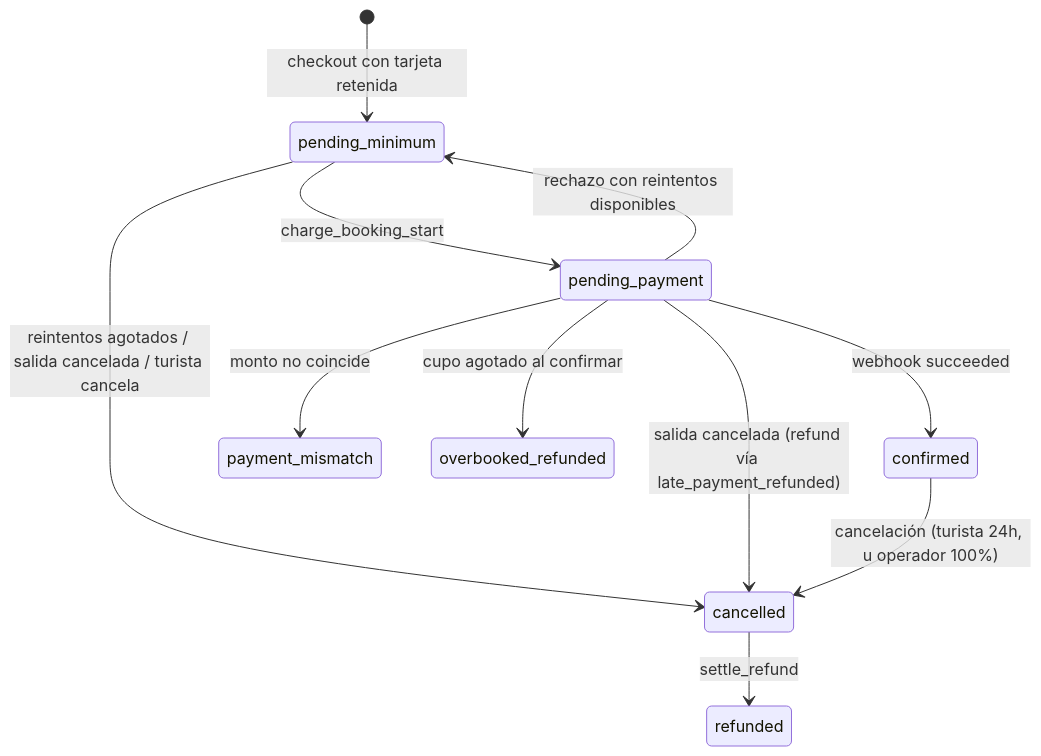
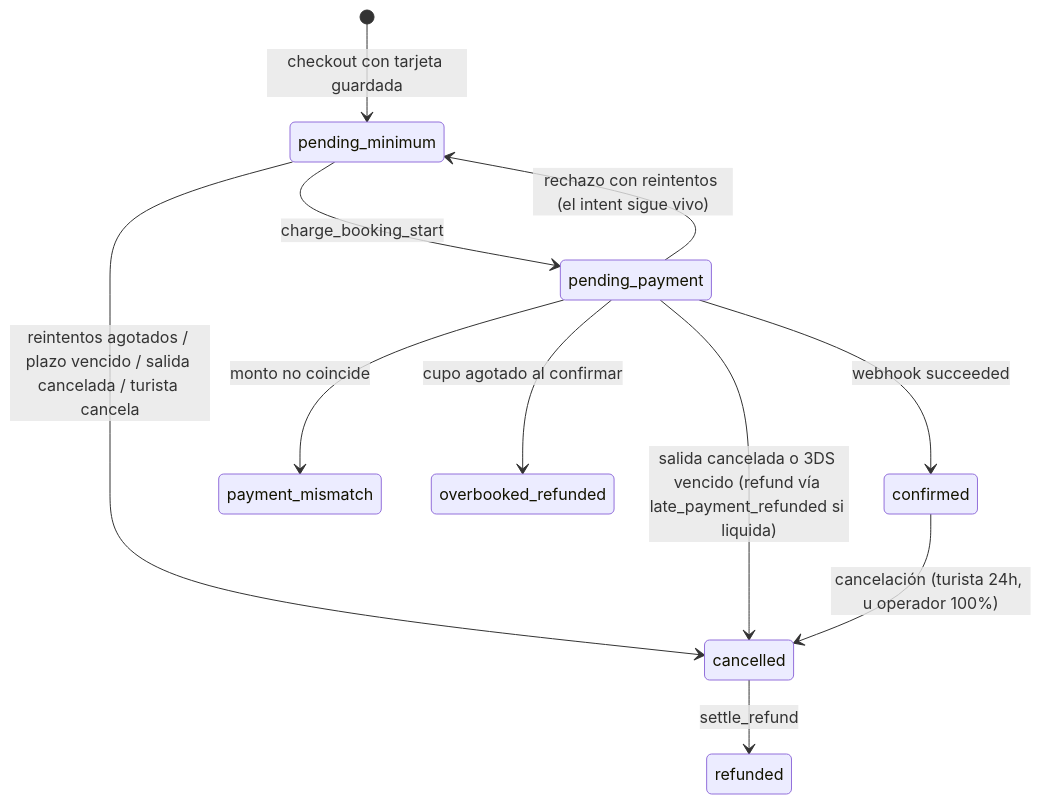
One commit to KthArg/boka-reservations changed the second of 2 diagrams in docs/specs/0029-cupo-minimo-y-cobro-diferido.md. Above: the diagram before and after it, drawn with Mermaid. The commit also changed other lines of this file and 1 other file, not shown here.

First line of the commit message:
docs: reescribe el spec 0029 sobre tarjeta guardada con los hallazgos pendientes

````diff
--- a/docs/specs/0029-cupo-minimo-y-cobro-diferido.md
+++ b/docs/specs/0029-cupo-minimo-y-cobro-diferido.md
@@ -264,13 +287,13 @@
 ```mermaid
 stateDiagram-v2
-    [*] --> pending_minimum: checkout con tarjeta retenida
+    [*] --> pending_minimum: checkout con tarjeta guardada
     pending_minimum --> pending_payment: charge_booking_start
     pending_payment --> confirmed: webhook succeeded
-    pending_payment --> pending_minimum: rechazo con reintentos disponibles
-    pending_minimum --> cancelled: reintentos agotados / salida cancelada / turista cancela
-    pending_payment --> cancelled: salida cancelada (refund vía late_payment_refunded)
+    pending_payment --> pending_minimum: rechazo con reintentos (el intent sigue vivo)
+    pending_minimum --> cancelled: reintentos agotados / plazo vencido / salida cancelada / turista cancela
+    pending_payment --> cancelled: salida cancelada o 3DS vencido (refund vía late_payment_refunded si liquida)
     pending_payment --> payment_mismatch: monto no coincide
     pending_payment --> overbooked_refunded: cupo agotado al confirmar
     confirmed --> cancelled: cancelación (turista 24h, u operador 100%)
     cancelled --> refunded: settle_refund
 ```
````
